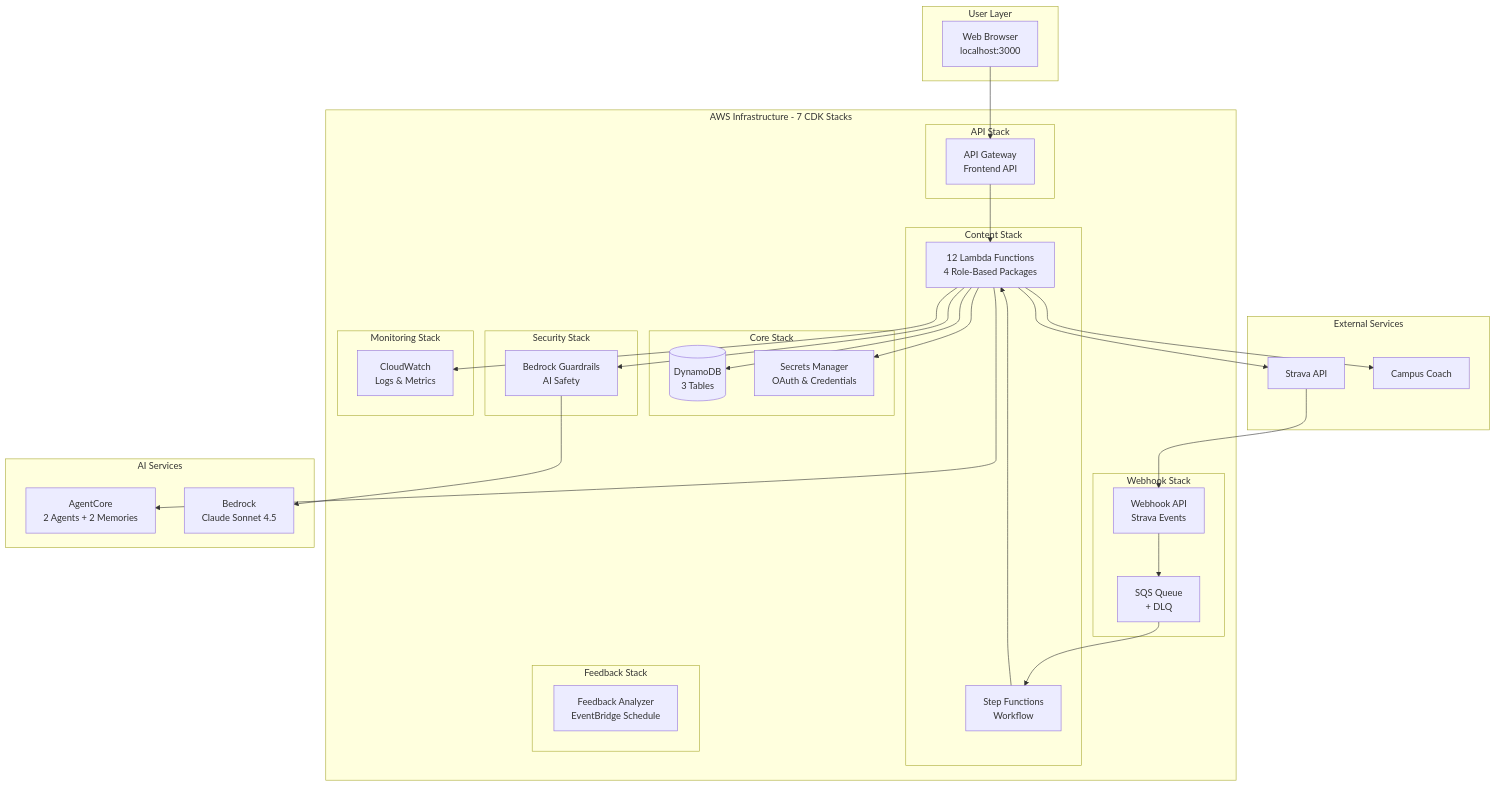
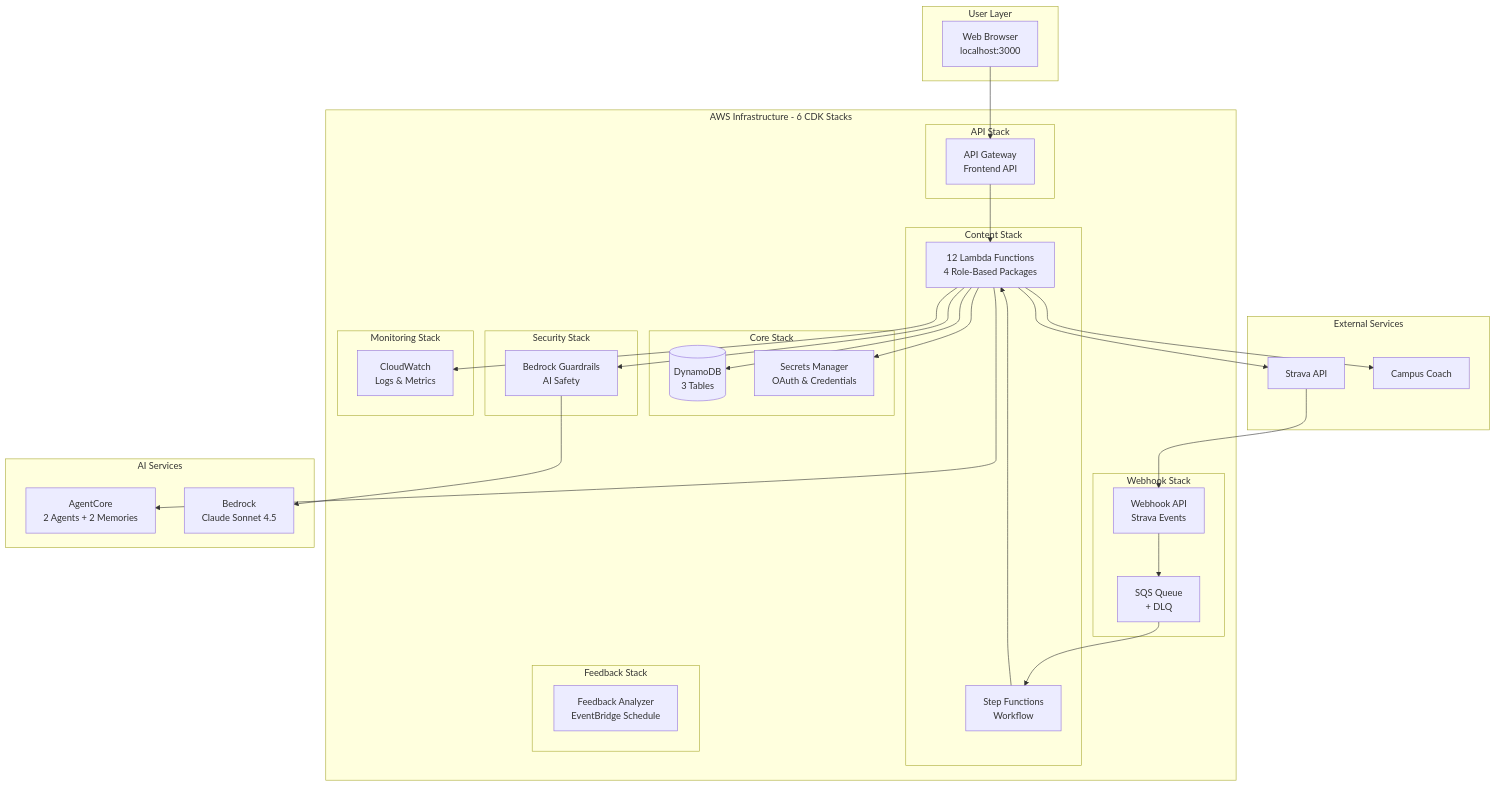
One commit to el-pedrito/strava-ai-boost changed the first of 2 diagrams in README.md. Above: the diagram before and after it, drawn with Mermaid. The commit also changed other lines of this file and 41 other files, not shown here.

````diff
--- a/README.md
+++ b/README.md
@@ -174,67 +174,67 @@
 ```mermaid
 graph TB
     subgraph "User Layer"
         Browser[Web Browser<br/>localhost:3000]
     end
 
-    subgraph "AWS Infrastructure - 7 CDK Stacks"
+    subgraph "AWS Infrastructure - 6 CDK Stacks"
         subgraph "Core Stack"
             DDB[(DynamoDB<br/>3 Tables)]
             Secrets[Secrets Manager<br/>OAuth & Credentials]
         end
 
         subgraph "Security Stack"
             Guardrails[Bedrock Guardrails<br/>AI Safety]
         end
 
         subgraph "Webhook Stack"
             WebhookAPI[Webhook API<br/>Strava Events]
             SQS[SQS Queue<br/>+ DLQ]
         end
 
         subgraph "Content Stack"
             SF[Step Functions<br/>Workflow]
             Lambda12[12 Lambda Functions<br/>4 Role-Based Packages]
         end
 
         subgraph "API Stack"
             APIGW[API Gateway<br/>Frontend API]
         end
 
         subgraph "Monitoring Stack"
             CW[CloudWatch<br/>Logs & Metrics]
         end
 
         subgraph "Feedback Stack"
             FB[Feedback Analyzer<br/>EventBridge Schedule]
         end
     end
 
     subgraph "AI Services"
         AgentCore[AgentCore<br/>2 Agents + 2 Memories]
         Bedrock[Bedrock<br/>Claude Sonnet 4.5]
     end
 
     subgraph "External Services"
         Strava[Strava API]
         Campus[Campus Coach]
     end
 
     Browser --> APIGW
     APIGW --> Lambda12
     Lambda12 --> DDB
     Lambda12 --> Secrets
 
     Strava --> WebhookAPI
     WebhookAPI --> SQS
     SQS --> SF
     SF --> Lambda12
 
     Lambda12 --> Guardrails
     Guardrails --> Bedrock
     Lambda12 --> AgentCore
     Lambda12 --> Strava
     Lambda12 --> Campus
 
     Lambda12 --> CW
 ```
````
